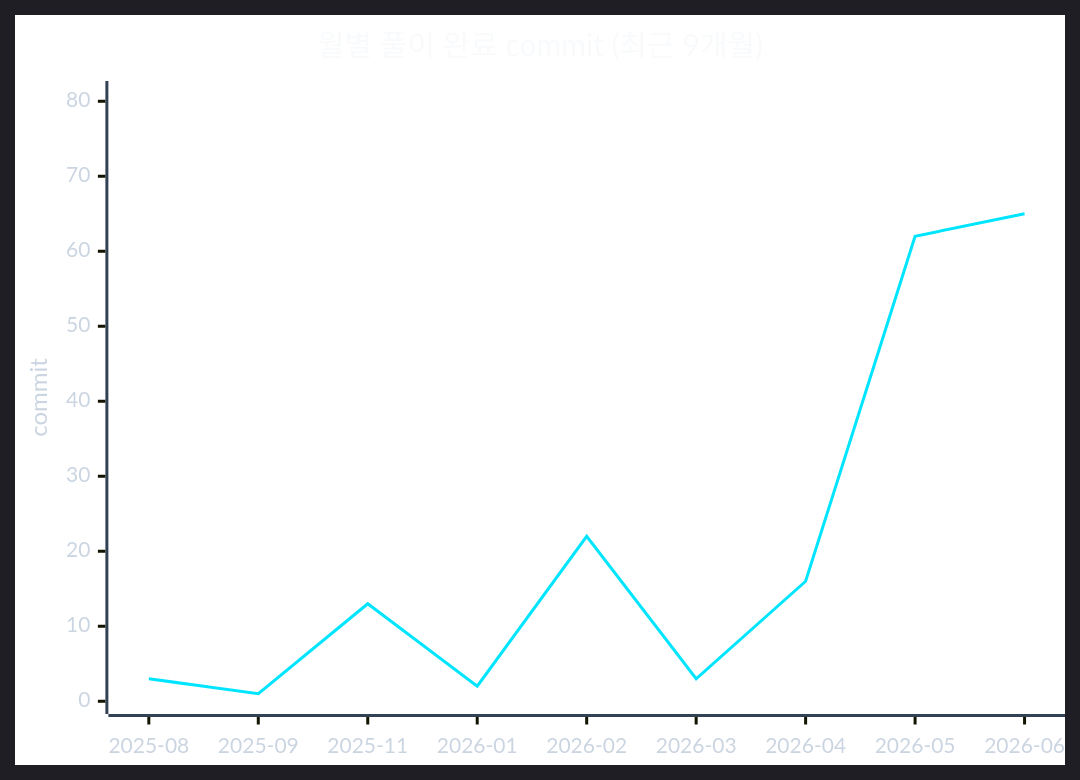
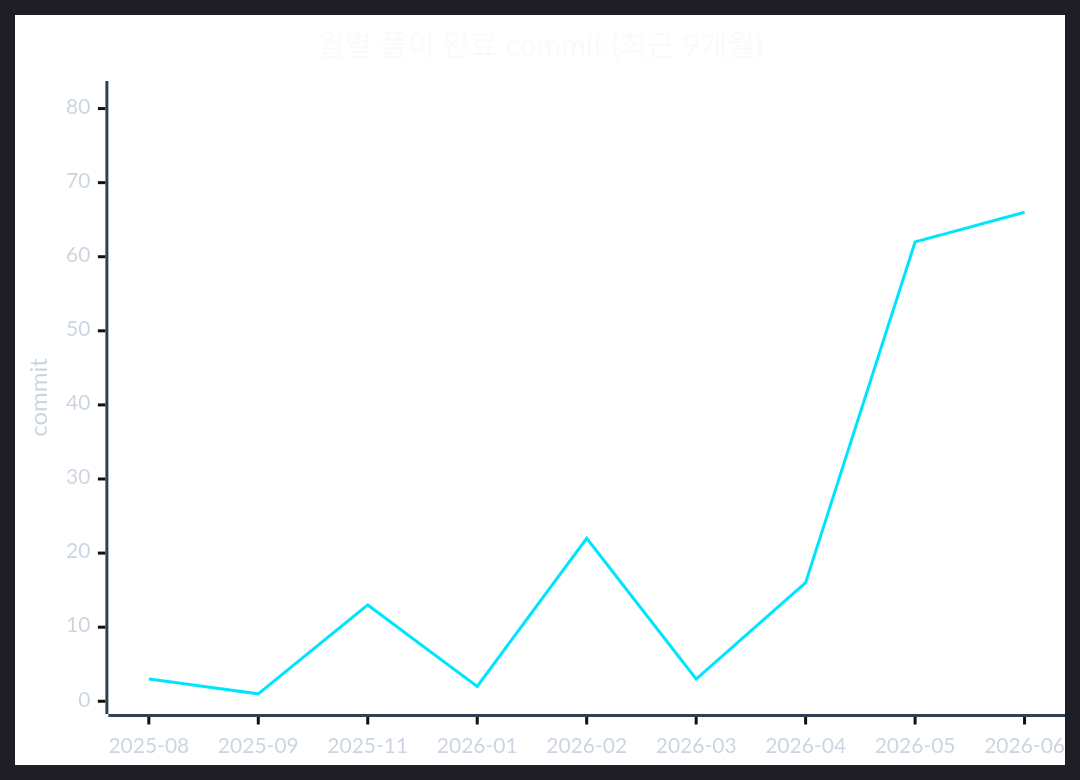
Before and after one commit to CHOOSLA/Algorithm: the second of 2 diagrams in readme.md, drawn with Mermaid. The commit also changed other lines of this file and 2 other files, not shown here.

````diff
--- a/readme.md
+++ b/readme.md
@@ -71,22 +71,22 @@
 ```mermaid
 ---
 config:
   theme: dark
   themeVariables:
     background: '#0d1117'
     xyChart:
       titleColor: '#f8fafc'
       xAxisLabelColor: '#cbd5e1'
       xAxisTitleColor: '#cbd5e1'
       xAxisLineColor: '#334155'
       yAxisLabelColor: '#cbd5e1'
       yAxisTitleColor: '#cbd5e1'
       yAxisLineColor: '#334155'
       plotColorPalette: '#00e5ff'
 ---
 xychart-beta
   title "월별 풀이 완료 commit (최근 9개월)"
   x-axis ["2025-08", "2025-09", "2025-11", "2026-01", "2026-02", "2026-03", "2026-04", "2026-05", "2026-06"]
-  y-axis "commit" 0 --> 81
-  line [3, 1, 13, 2, 22, 3, 16, 62, 65]
+  y-axis "commit" 0 --> 82
+  line [3, 1, 13, 2, 22, 3, 16, 62, 66]
 ```
````
